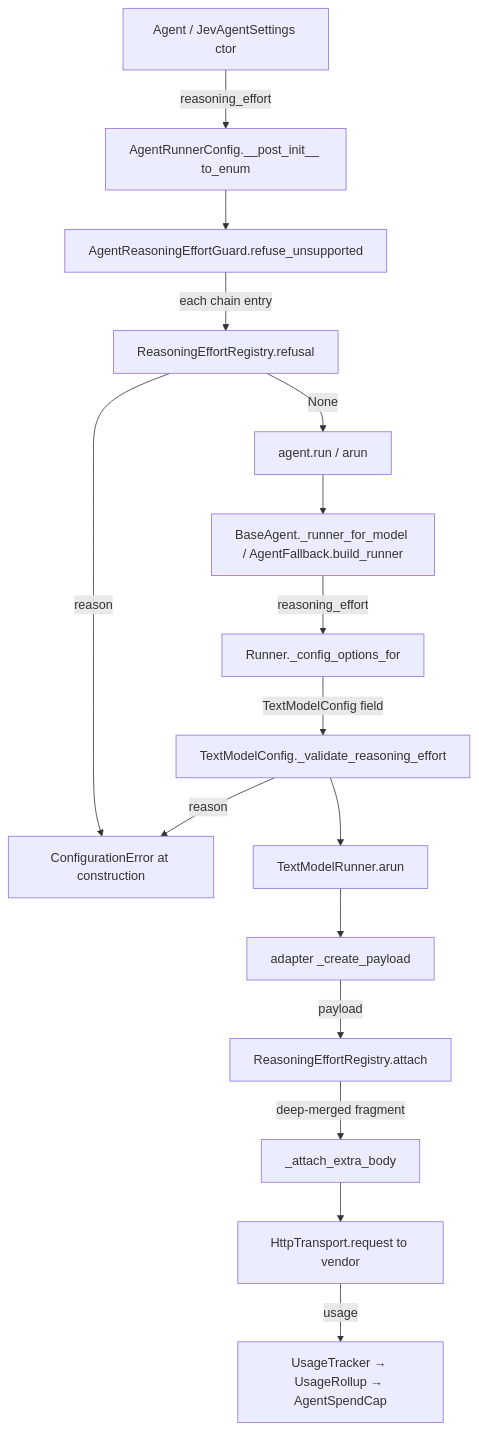
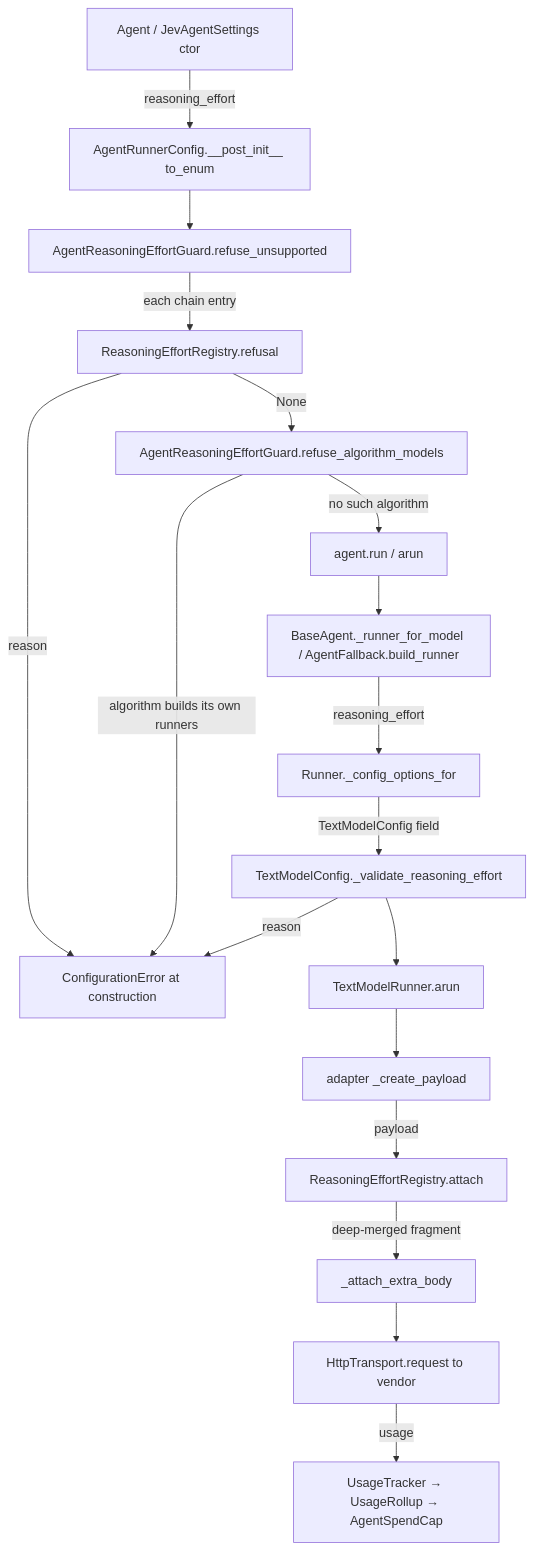
Before and after one commit to cerredz/Vidbyte-SDK: the diagram in docs/spec/agent-reasoning-effort/spec.md, drawn with Mermaid. The commit also changed other lines of this file, not shown here.

First line of the commit message:
docs(spec): revise agent-reasoning-effort to r4 [R-1, R-3, R-7, R-9]

````diff
--- a/docs/spec/agent-reasoning-effort/spec.md
+++ b/docs/spec/agent-reasoning-effort/spec.md
@@ -128,18 +128,20 @@
 ```mermaid
 flowchart TD
   A[Agent / JevAgentSettings ctor] -->|reasoning_effort| B[AgentRunnerConfig.__post_init__ to_enum]
   B --> C[AgentReasoningEffortGuard.refuse_unsupported]
   C -->|each chain entry| D[ReasoningEffortRegistry.refusal]
   D -->|reason| X[ConfigurationError at construction]
-  D -->|None| E[agent.run / arun]
+  D -->|None| C2[AgentReasoningEffortGuard.refuse_algorithm_models]
+  C2 -->|algorithm builds its own runners| X
+  C2 -->|no such algorithm| E[agent.run / arun]
   E --> F[BaseAgent._runner_for_model / AgentFallback.build_runner]
   F -->|reasoning_effort| G[Runner._config_options_for]
   G -->|TextModelConfig field| H[TextModelConfig._validate_reasoning_effort]
   H -->|reason| X
   H --> I[TextModelRunner.arun]
   I --> J[adapter _create_payload]
   J -->|payload| K[ReasoningEffortRegistry.attach]
   K -->|deep-merged fragment| L[_attach_extra_body]
   L --> M[HttpTransport.request to vendor]
   M -->|usage| N[UsageTracker → UsageRollup → AgentSpendCap]
 ```
````
